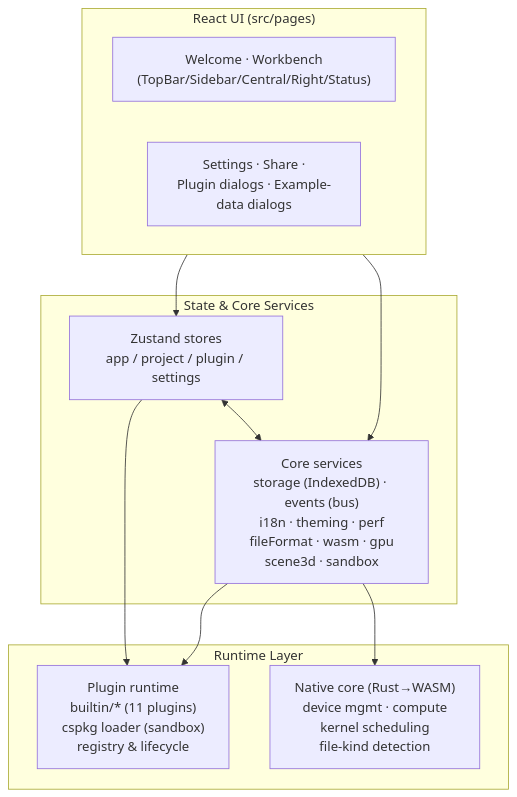
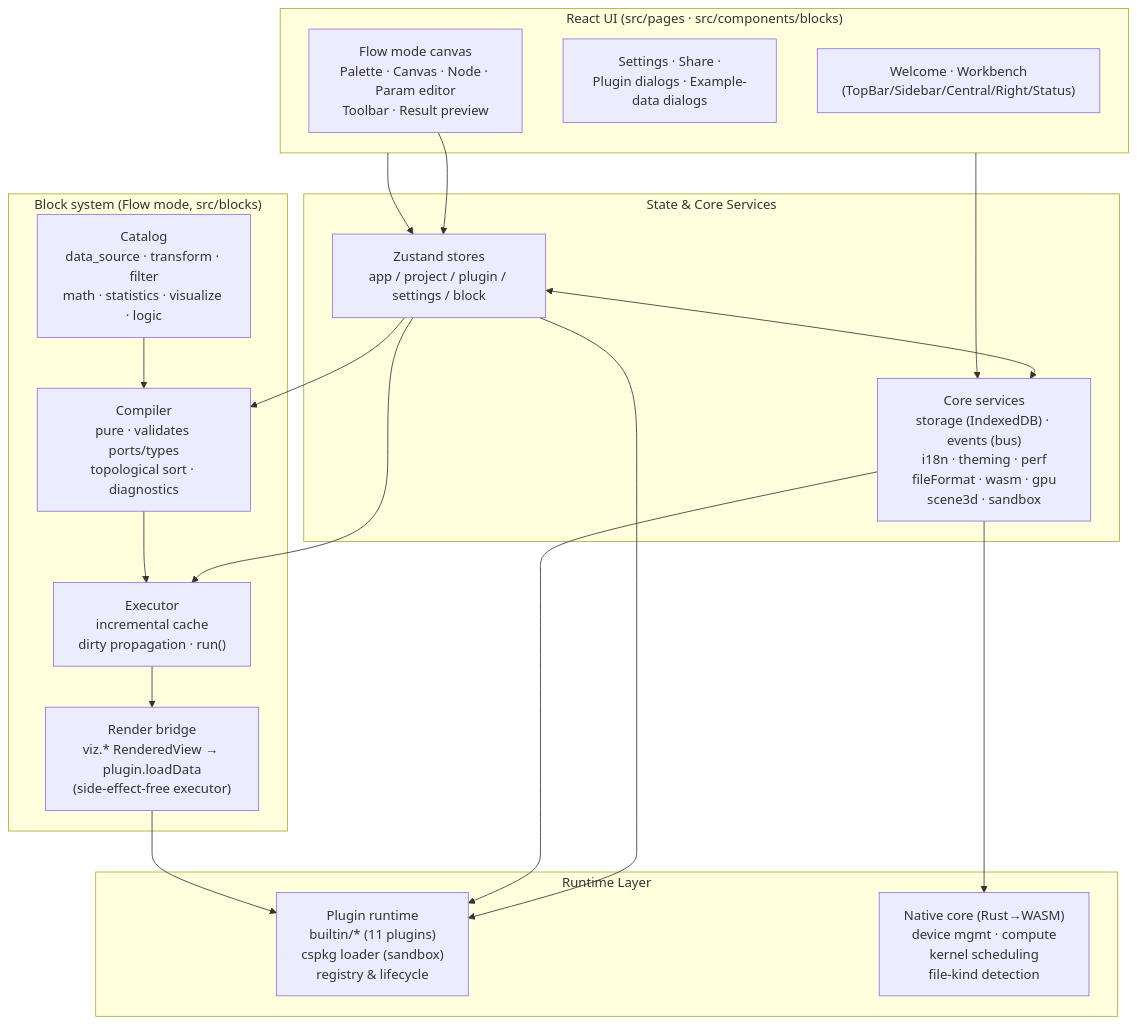
One commit to SnowLeopard-io/ErgalicsStudio changed the diagram in README.md. Above: the diagram before and after it, drawn with Mermaid. The commit also changed other lines of this file and 59 other files, not shown here.

````diff
--- a/README.md
+++ b/README.md
@@ -107,24 +145,39 @@
 ```mermaid
 flowchart TB
-    subgraph UI["React UI (src/pages)"]
+    subgraph UI["React UI (src/pages · src/components/blocks)"]
         A1["Welcome · Workbench<br/>(TopBar/Sidebar/Central/Right/Status)"]
         A2["Settings · Share ·<br/>Plugin dialogs · Example-data dialogs"]
+        A3["Flow mode canvas<br/>Palette · Canvas · Node · Param editor<br/>Toolbar · Result preview"]
     end
 
     subgraph State["State & Core Services"]
-        B1["Zustand stores<br/>app / project / plugin / settings"]
+        B1["Zustand stores<br/>app / project / plugin / settings / block"]
         B2["Core services<br/>storage (IndexedDB) · events (bus)<br/>i18n · theming · perf<br/>fileFormat · wasm · gpu<br/>scene3d · sandbox"]
+    end
+
+    subgraph Blocks["Block system (Flow mode, src/blocks)"]
+        D1["Catalog<br/>data_source · transform · filter<br/>math · statistics · visualize · logic"]
+        D2["Compiler<br/>pure · validates ports/types<br/>topological sort · diagnostics"]
+        D3["Executor<br/>incremental cache<br/>dirty propagation · run()"]
+        D4["Render bridge<br/>viz.* RenderedView → plugin.loadData<br/>(side-effect-free executor)"]
     end
 
     subgraph Runtime["Runtime Layer"]
         C1["Plugin runtime<br/>builtin/* (11 plugins)<br/>cspkg loader (sandbox)<br/>registry & lifecycle"]
         C2["Native core (Rust→WASM)<br/>device mgmt · compute<br/>kernel scheduling<br/>file-kind detection"]
     end
 
     UI --> B1
     UI --> B2
     B1 <--> B2
     B1 --> C1
     B2 --> C1
     B2 --> C2
+    A3 --> B1
+    B1 --> D2
+    B1 --> D3
+    D2 --> D3
+    D1 --> D2
+    D3 --> D4
+    D4 --> C1
 ```
````
